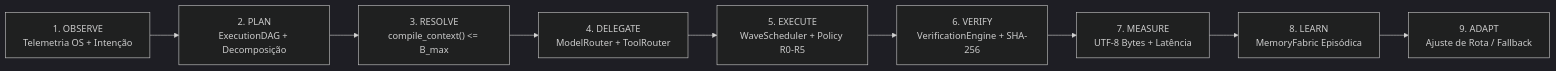
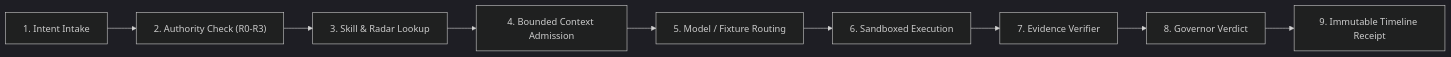
The second of 3 diagrams in README.md (robertoatila/jarvis-skill-registry), drawn with Mermaid (dark theme) before and after one commit. The commit also changed other lines of this file, not shown here.

````diff
--- a/README.md
+++ b/README.md
@@ -122,11 +109,11 @@
 ```mermaid
 flowchart LR
-    S1["1. OBSERVE<br/>Telemetria OS + Intenção"] --> S2["2. PLAN<br/>ExecutionDAG + Decomposição"]
-    S2 --> S3["3. RESOLVE<br/>compile_context() <= B_max"]
-    S3 --> S4["4. DELEGATE<br/>ModelRouter + ToolRouter"]
-    S4 --> S5["5. EXECUTE<br/>WaveScheduler + Policy R0-R5"]
-    S5 --> S6["6. VERIFY<br/>VerificationEngine + SHA-256"]
-    S6 --> S7["7. MEASURE<br/>UTF-8 Bytes + Latência"]
-    S7 --> S8["8. LEARN<br/>MemoryFabric Episódica"]
-    S8 --> S9["9. ADAPT<br/>Ajuste de Rota / Fallback"]
+    S1["1. Intent Intake"] --> S2["2. Authority Check (R0-R3)"]
+    S2 --> S3["3. Skill & Radar Lookup"]
+    S3 --> S4["4. Bounded Context Admission"]
+    S4 --> S5["5. Model / Fixture Routing"]
+    S5 --> S6["6. Sandboxed Execution"]
+    S6 --> S7["7. Evidence Verifier"]
+    S7 --> S8["8. Governor Verdict"]
+    S8 --> S9["9. Immutable Timeline Receipt"]
 ```
````
